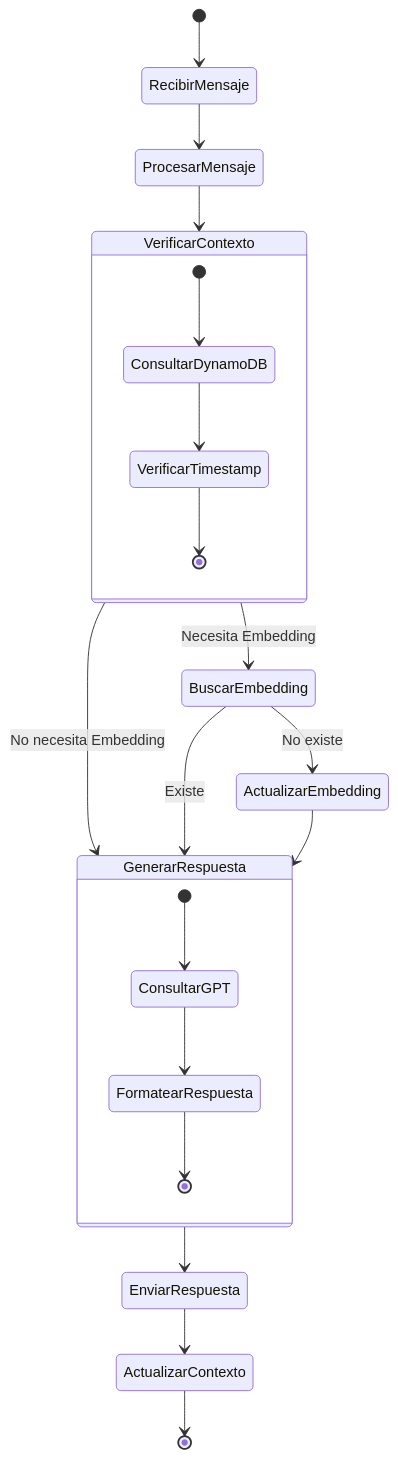
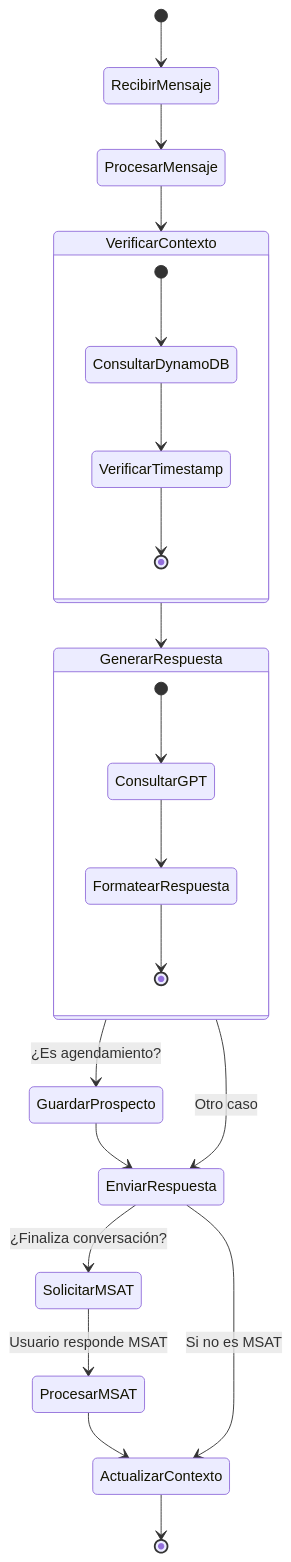
One commit to DanteRangel/ai-agent changed the second of 3 diagrams in README.md. Above: the diagram before and after it, drawn with Mermaid. The commit also changed other lines of this file and 4 other files, not shown here.

````diff
--- a/README.md
+++ b/README.md
@@ -277,29 +280,29 @@
 ```mermaid
 stateDiagram-v2
     [*] --> RecibirMensaje
     RecibirMensaje --> ProcesarMensaje
     ProcesarMensaje --> VerificarContexto
-    
-    VerificarContexto --> BuscarEmbedding: Necesita Embedding
-    VerificarContexto --> GenerarRespuesta: No necesita Embedding
-    
-    BuscarEmbedding --> ActualizarEmbedding: No existe
-    BuscarEmbedding --> GenerarRespuesta: Existe
-    
-    ActualizarEmbedding --> GenerarRespuesta
-    GenerarRespuesta --> EnviarRespuesta
-    EnviarRespuesta --> ActualizarContexto
+
+    VerificarContexto --> GenerarRespuesta
+
+    GenerarRespuesta --> GuardarProspecto: ¿Es agendamiento?
+    GuardarProspecto --> EnviarRespuesta
+    GenerarRespuesta --> EnviarRespuesta: Otro caso
+    EnviarRespuesta --> SolicitarMSAT: ¿Finaliza conversación?
+    SolicitarMSAT --> ProcesarMSAT: Usuario responde MSAT
+    ProcesarMSAT --> ActualizarContexto
+    EnviarRespuesta --> ActualizarContexto: Si no es MSAT
     ActualizarContexto --> [*]
-    
+
     state VerificarContexto {
         [*] --> ConsultarDynamoDB
         ConsultarDynamoDB --> VerificarTimestamp
         VerificarTimestamp --> [*]
     }
-    
+
     state GenerarRespuesta {
         [*] --> ConsultarGPT
         ConsultarGPT --> FormatearRespuesta
         FormatearRespuesta --> [*]
     }
 ```
````
